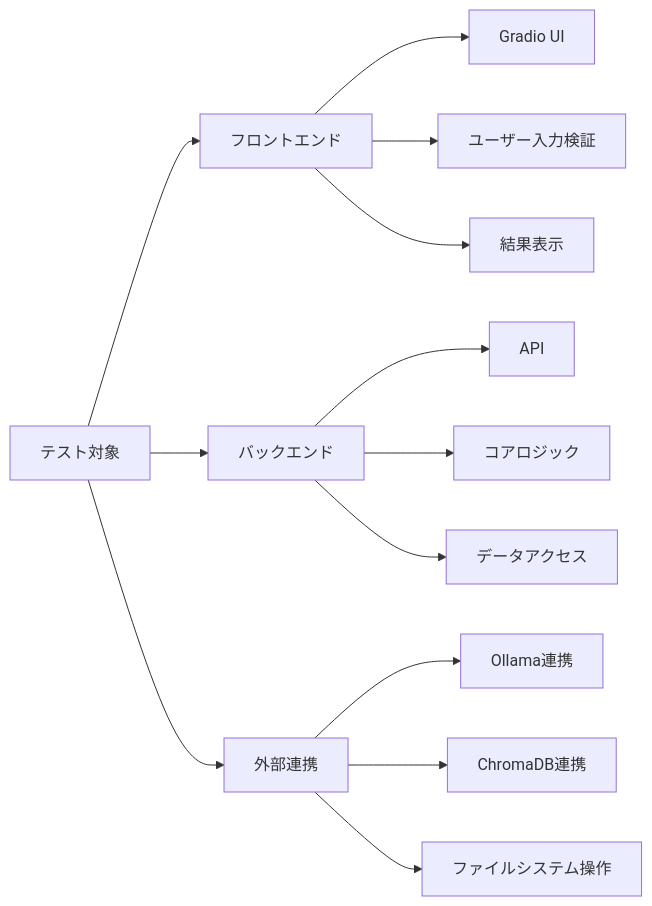
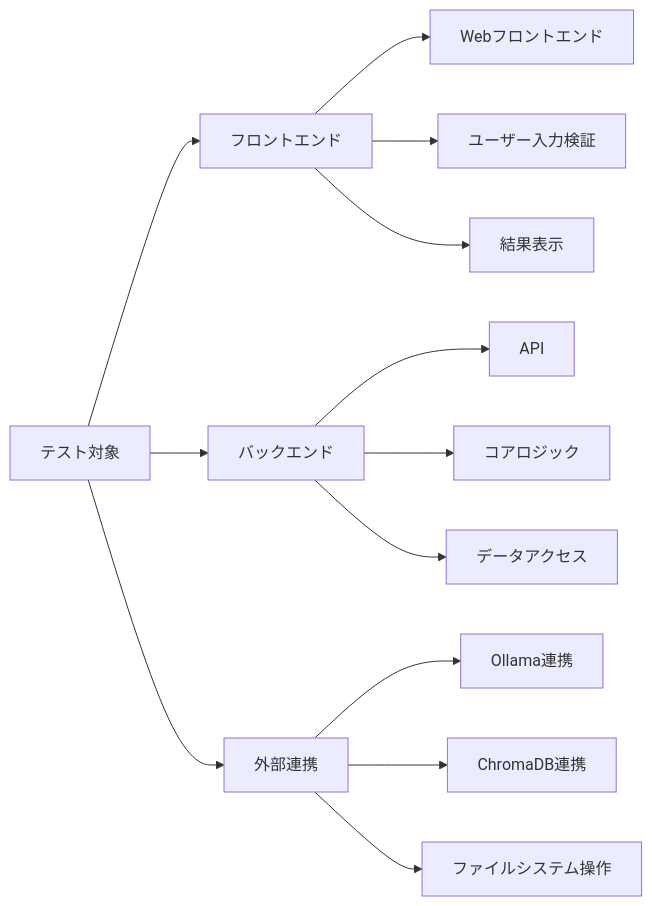
One commit to NewAITees/Obsidian-Concierge changed the second of 4 diagrams in TEST_PLAN.md. Above: the diagram before and after it, drawn with Mermaid. The commit also changed other lines of this file and 41 other files, not shown here.

````diff
--- a/TEST_PLAN.md
+++ b/TEST_PLAN.md
@@ -52,18 +52,18 @@
 ```mermaid
 graph LR
     A[テスト対象] --> B[フロントエンド]
     A --> C[バックエンド]
     A --> D[外部連携]
     
-    B --> B1[Gradio UI]
+    B --> B1[Webフロントエンド]
     B --> B2[ユーザー入力検証]
     B --> B3[結果表示]
     
     C --> C1[API]
     C --> C2[コアロジック]
     C --> C3[データアクセス]
     
     D --> D1[Ollama連携]
     D --> D2[ChromaDB連携]
     D --> D3[ファイルシステム操作]
 ```
````
